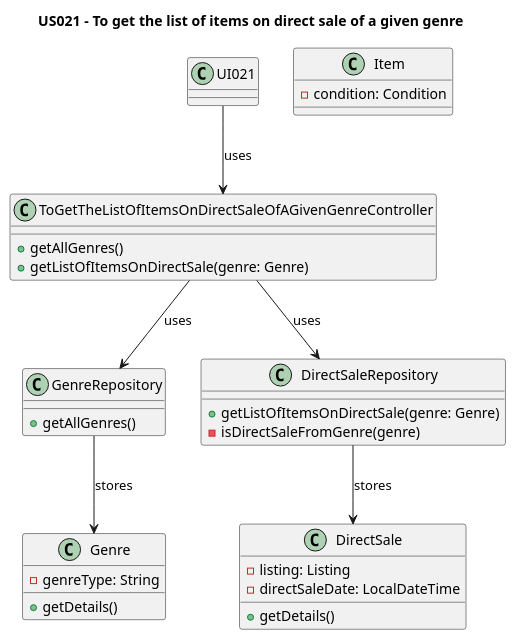
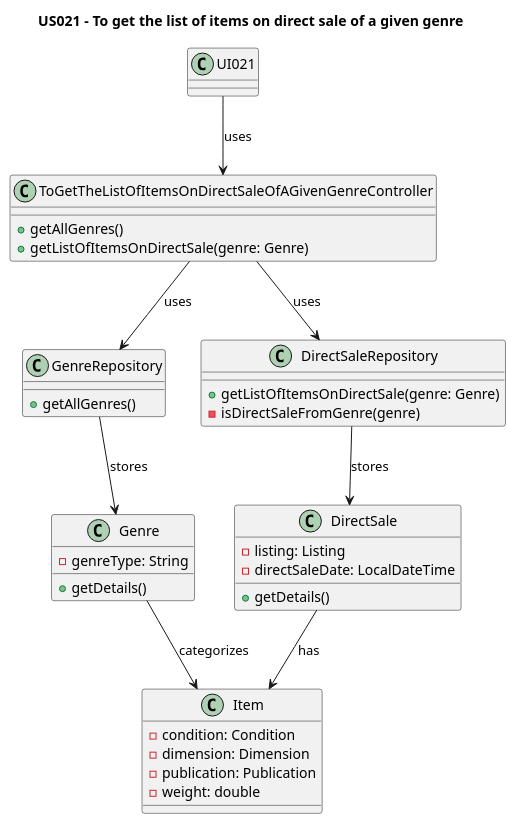
One commit to AndrePereiraGitH/SWitCH-Project-Team_A changed the diagram in Diagrams/ClassDiagrams/US021-to-get-the-list-of-items-on-direct-sale-of-a-given-genre.puml. Above: the diagram before and after it, drawn with PlantUML. The commit also changed 2 other files, not shown here.

Commit message:
Working on #99, #68, #69, updated SSD, SD and class diagram from US021

```diff
--- a/Diagrams/ClassDiagrams/US021-to-get-the-list-of-items-on-direct-sale-of-a-given-genre.puml
+++ b/Diagrams/ClassDiagrams/US021-to-get-the-list-of-items-on-direct-sale-of-a-given-genre.puml
@@ -1,69 +1,50 @@
 @startuml
 title US021 - To get the list of items on direct sale of a given genre
 
 class UI021 {
 
 }
 
 class ToGetTheListOfItemsOnDirectSaleOfAGivenGenreController {
   +getAllGenres()
   +getListOfItemsOnDirectSale(genre: Genre)
 }
 
 class GenreRepository {
   +getAllGenres()
 }
 
-'class GenreDTO_US021 {}
-
 class Genre {
     -genreType: String
     +getDetails()
 }
-
-'tirei
-'class GenreMapper_US021 {
-   '+toDTO(listOfAllGenres: List<Genre)
-'}
-
-
-'tirei
-'class DirectSaleMapper_US021 {
- '  +toDTO(listOfDirectSales: List<DirectSale)}
 
 class DirectSaleRepository {
   +getListOfItemsOnDirectSale(genre: Genre)
   -isDirectSaleFromGenre(genre)
 }
 
 class DirectSale {
   - listing: Listing
   - directSaleDate: LocalDateTime
   +getDetails()
 }
 
 class Item{
 -condition: Condition
-
-
+-dimension: Dimension
+-publication: Publication
+-weight: double
 }
 
 ' Interactions
-
 UI021 --> ToGetTheListOfItemsOnDirectSaleOfAGivenGenreController : uses
 ToGetTheListOfItemsOnDirectSaleOfAGivenGenreController --> DirectSaleRepository : uses
 ToGetTheListOfItemsOnDirectSaleOfAGivenGenreController --> GenreRepository : uses
 
-'tirei
-'ToGetTheListOfItemsOnDirectSaleOfAGivenGenreController ..> GenreMapper_US021 : uses
-'GenreMapper_US021 ..> GenreDTO_US021 : maps to
-'GenreMapper_US021 ..> Genre : communicates\n with
-'DirectSaleMapper_US021 ..>  DirectSale : communicates\n with
-'ToGetTheListOfItemsOnDirectSaleOfAGivenGenreController ..> DirectSaleMapper_US021 : uses
-'DirectSaleMapper_US021 ..> DirectSaleDTO_US021 : maps to
-
 GenreRepository --> Genre : stores
 DirectSaleRepository --> DirectSale : stores
 
-
+Genre --> Item : categorizes
+DirectSale --> Item : has
 @enduml
```
